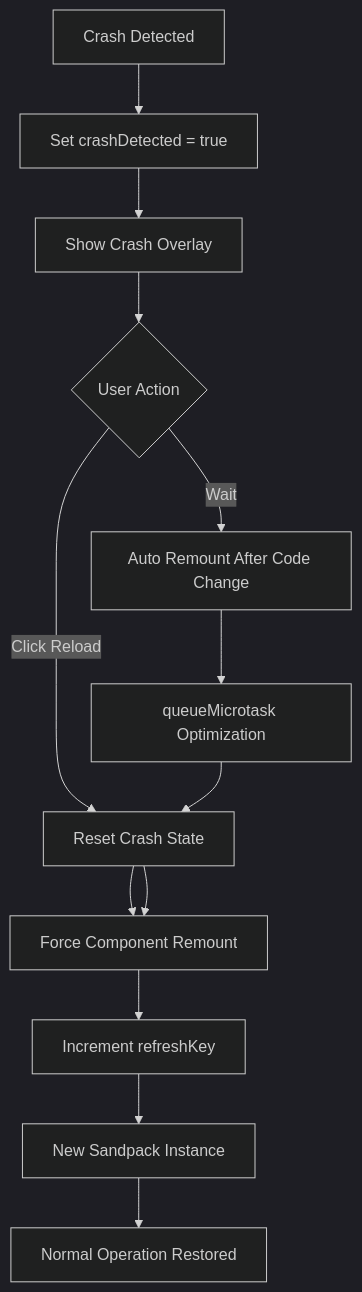
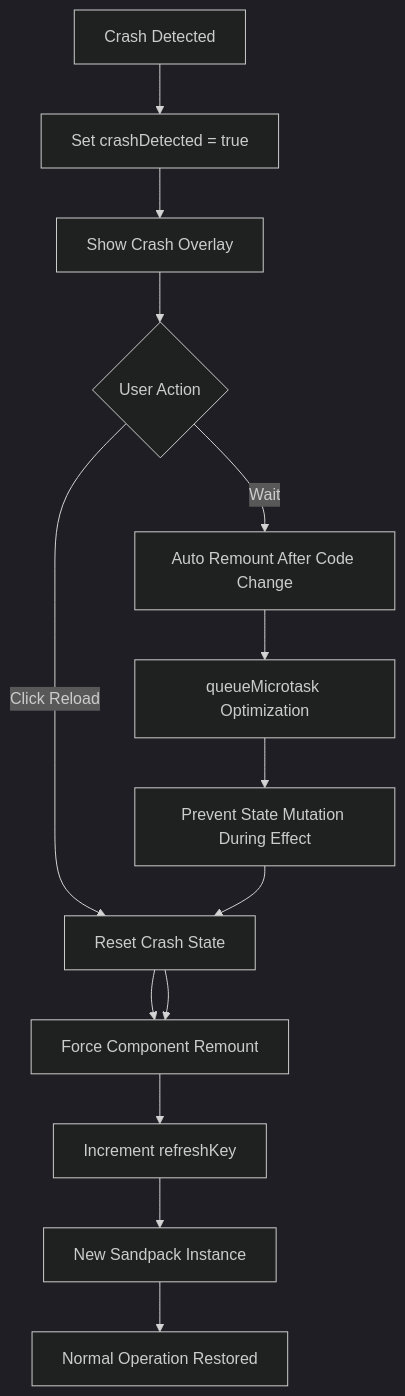
Before and after one commit to shekhargiri005-dotcom/AI-powered-accessibility-first-UI-engine: the third of 11 diagrams in .qoder/repowiki/en/content/Sandbox Runtime Crash Handling.md, drawn with Mermaid (dark theme). The commit also changed other lines of this file and 5 other files, not shown here.

````diff
--- a/.qoder/repowiki/en/content/Sandbox Runtime Crash Handling.md
+++ b/.qoder/repowiki/en/content/Sandbox Runtime Crash Handling.md
@@ -145,15 +155,16 @@
 ```mermaid
 flowchart TD
 CrashDetected[Crash Detected] --> SetFlag[Set crashDetected = true]
 SetFlag --> ShowOverlay[Show Crash Overlay]
 ShowOverlay --> UserAction{User Action}
 UserAction --> |Click Reload| ResetState[Reset Crash State]
 ResetState --> ForceRemount[Force Component Remount]
 ForceRemount --> IncrementKey[Increment refreshKey]
 IncrementKey --> NewMount[New Sandpack Instance]
 NewMount --> NormalOperation[Normal Operation Restored]
 UserAction --> |Wait| AutoRemount[Auto Remount After Code Change]
 AutoRemount --> QueueMicrotask[queueMicrotask Optimization]
-QueueMicrotask --> ResetState
+QueueMicrotask --> PreventMutation[Prevent State Mutation During Effect]
+PreventMutation --> ResetState
 ResetState --> ForceRemount
 ```
````
